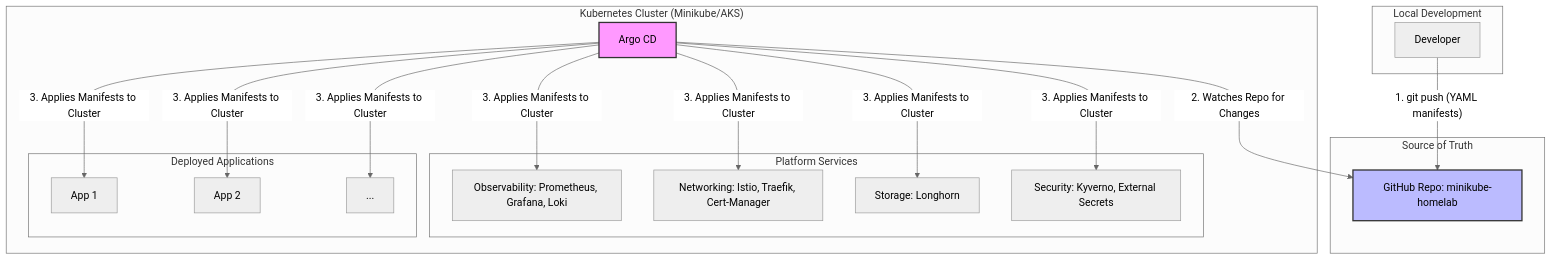
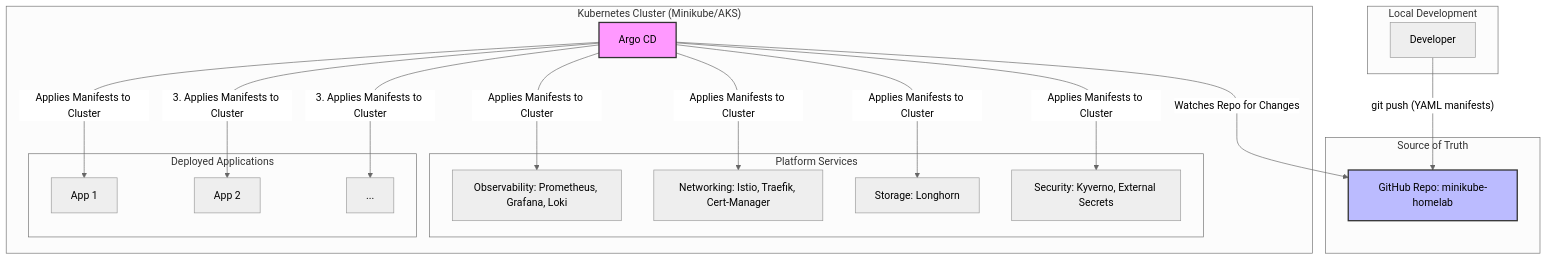
Before and after one commit to Autonomiczny/minikube-homelab: the diagram in ARCHITECTURE.md, drawn with Mermaid (neutral theme).

Commit message:
"fix:mermaid-diagram-labels"

````diff
--- a/ARCHITECTURE.md
+++ b/ARCHITECTURE.md
@@ -9,40 +9,40 @@
 ```mermaid
 graph TD
     subgraph "Local Development"
         A[Developer]
     end
 
     subgraph "Source of Truth"
         B[GitHub Repo: minikube-homelab]
     end
 
     subgraph "Kubernetes Cluster (Minikube/AKS)"
         C[Argo CD]
 
         subgraph "Platform Services"
             D[Observability: Prometheus, Grafana, Loki]
             E[Networking: Istio, Traefik, Cert-Manager]
             F[Storage: Longhorn]
             G[Security: Kyverno, External Secrets]
         end
 
         subgraph "Deployed Applications"
             H[App 1]
             I[App 2]
             J[...]
         end
     end
 
-    A -- "1. git push (YAML manifests)" --> B
-    C -- "2. Watches Repo for Changes" --> B
-    C -- "3. Applies Manifests to Cluster" --> D
-    C -- "3. Applies Manifests to Cluster" --> E
-    C -- "3. Applies Manifests to Cluster" --> F
-    C -- "3. Applies Manifests to Cluster" --> G
-    C -- "3. Applies Manifests to Cluster" --> H
+    A -- "git push (YAML manifests)" --> B
+    C -- "Watches Repo for Changes" --> B
+    C -- "Applies Manifests to Cluster" --> D
+    C -- "Applies Manifests to Cluster" --> E
+    C -- "Applies Manifests to Cluster" --> F
+    C -- "Applies Manifests to Cluster" --> G
+    C -- "Applies Manifests to Cluster" --> H
     C -- "3. Applies Manifests to Cluster" --> I
     C -- "3. Applies Manifests to Cluster" --> J
 
     style B fill:#bbf,stroke:#333,stroke-width:2px
     style C fill:#f9f,stroke:#333,stroke-width:2px
 ```
````
